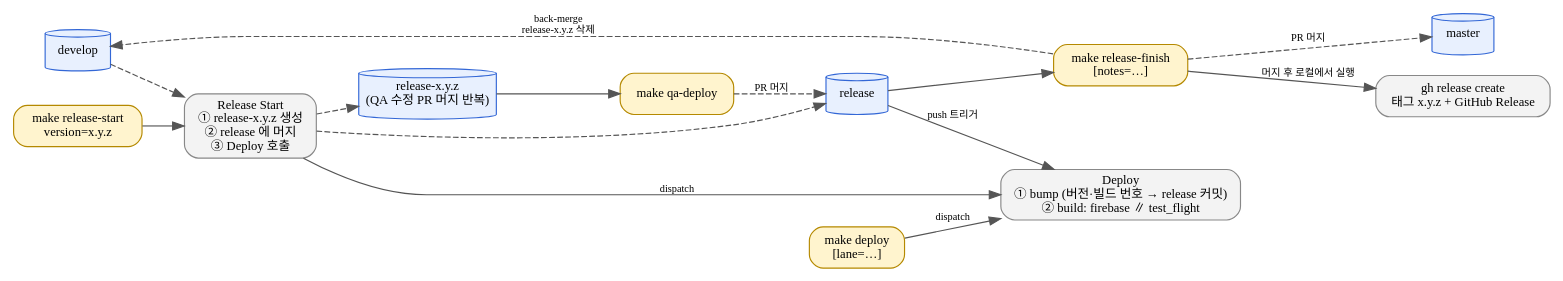
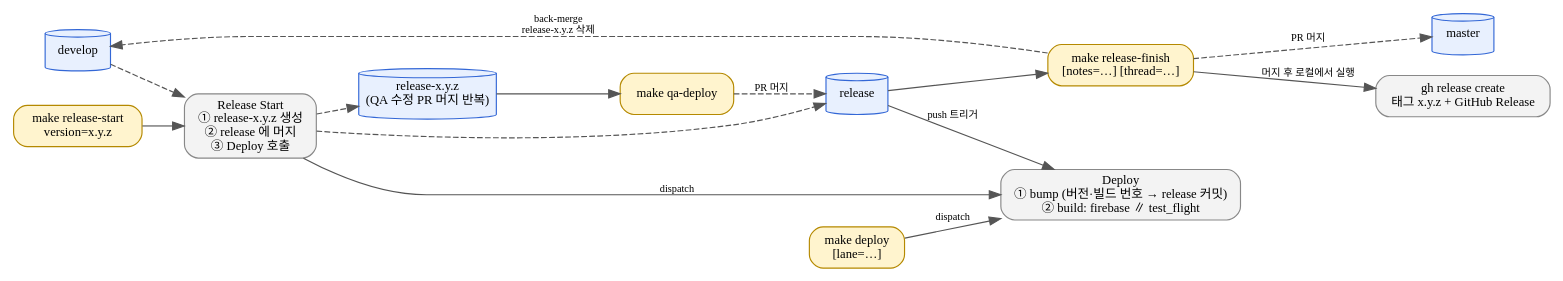
One commit to JunHyeok0206/iOS-release-pipeline-sandbox changed the diagram in docs/github-actions-flow.dot. Above: the diagram before and after it, drawn with Graphviz. The commit also changed 4 other files, not shown here.

```diff
--- a/docs/github-actions-flow.dot
+++ b/docs/github-actions-flow.dot
@@ -1,44 +1,44 @@
 digraph GitHubActionsFlow {
     rankdir=LR
     fontname="Apple SD Gothic Neo"
     node  [fontname="Apple SD Gothic Neo", fontsize=11]
     edge  [fontname="Apple SD Gothic Neo", fontsize=9, color="#555555"]
 
     // 브랜치
     node [shape=cylinder, style=filled, fillcolor="#E8F0FE", color="#3367D6"]
     develop [label="develop"]
     relx    [label="release-x.y.z\n(QA 수정 PR 머지 반복)"]
     release [label="release"]
     master  [label="master"]
 
     // make 명령어
     node [shape=box, style="rounded,filled", fillcolor="#FFF4CE", color="#B58900"]
     cmd_start  [label="make release-start\nversion=x.y.z"]
     cmd_qa     [label="make qa-deploy"]
     cmd_deploy [label="make deploy\n[lane=…]"]
-    cmd_finish [label="make release-finish\n[notes=…]"]
+    cmd_finish [label="make release-finish\n[notes=…] [thread=…]"]
 
     // 워크플로 (gh_rel 은 Makefile 이 로컬에서 실행)
     node [shape=box, style="rounded,filled", fillcolor="#F3F3F3", color="#888888"]
     wf_start  [label="Release Start\n① release-x.y.z 생성\n② release 에 머지\n③ Deploy 호출"]
     wf_deploy [label="Deploy\n① bump (버전·빌드 번호 → release 커밋)\n② build: firebase ∥ test_flight"]
     gh_rel    [label="gh release create\n태그 x.y.z + GitHub Release"]
 
     // 흐름
     cmd_start -> wf_start
     develop   -> wf_start [style=dashed]
     wf_start  -> relx     [style=dashed]
     wf_start  -> release  [style=dashed]
     wf_start  -> wf_deploy [label="dispatch"]
 
     relx    -> cmd_qa
     cmd_qa  -> release   [label="PR 머지", style=dashed]
     release -> wf_deploy [label="push 트리거"]
     cmd_deploy -> wf_deploy [label="dispatch"]
 
     release    -> cmd_finish
     cmd_finish -> master  [label="PR 머지", style=dashed]
     cmd_finish -> gh_rel  [label="머지 후 로컬에서 실행"]
     cmd_finish -> develop [label="back-merge\nrelease-x.y.z 삭제", style=dashed]
 
 }
```
